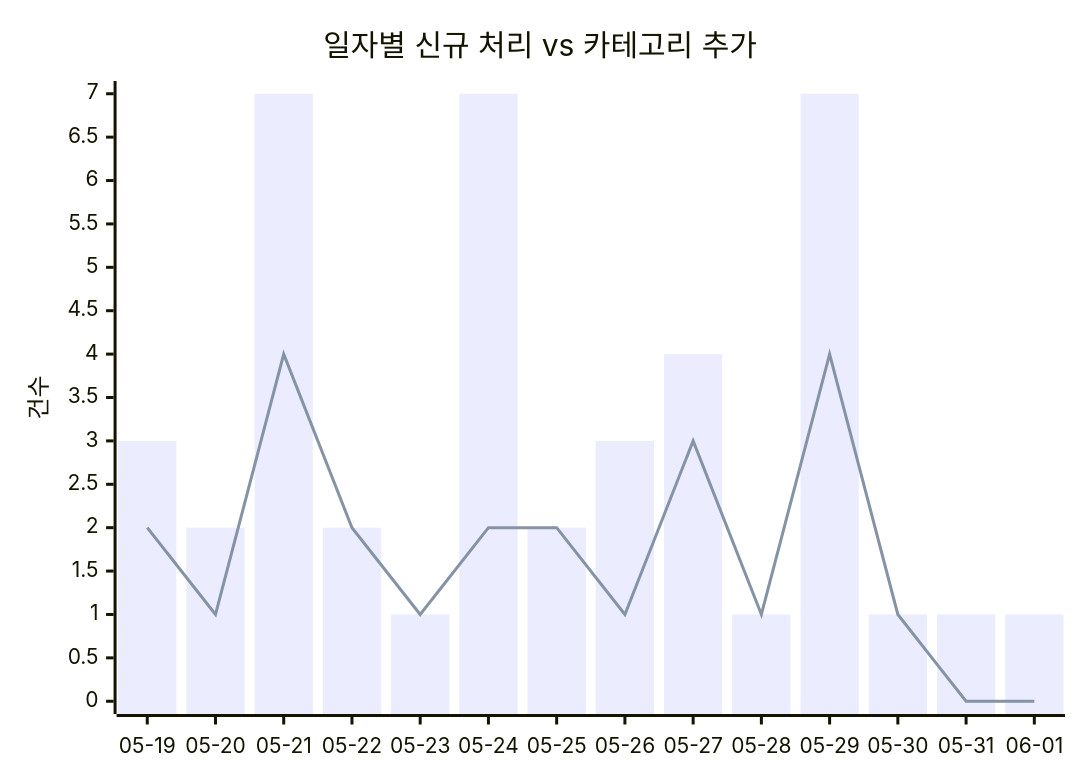
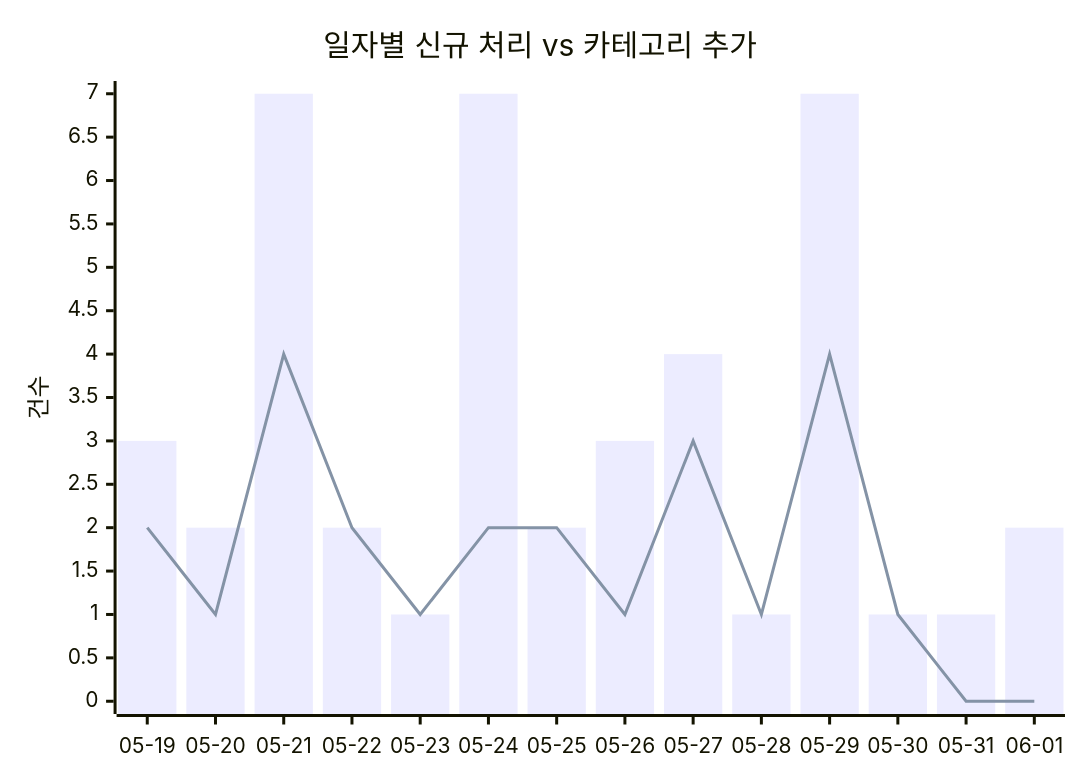
The first of 2 diagrams in docs/trends.md (J-nowcow/awesome-korean-agent-skills), drawn with Mermaid before and after one commit. The commit also changed other lines of this file and 2 other files, not shown here.

````diff
--- a/docs/trends.md
+++ b/docs/trends.md
@@ -32,8 +32,8 @@
 ```mermaid
 xychart-beta
     title "일자별 신규 처리 vs 카테고리 추가"
     x-axis ["05-19","05-20","05-21","05-22","05-23","05-24","05-25","05-26","05-27","05-28","05-29","05-30","05-31","06-01"]
     y-axis "건수"
-    bar [3,2,7,2,1,7,2,3,4,1,7,1,1,1]
+    bar [3,2,7,2,1,7,2,3,4,1,7,1,1,2]
     line [2,1,4,2,1,2,2,1,3,1,4,1,0,0]
 ```
````
